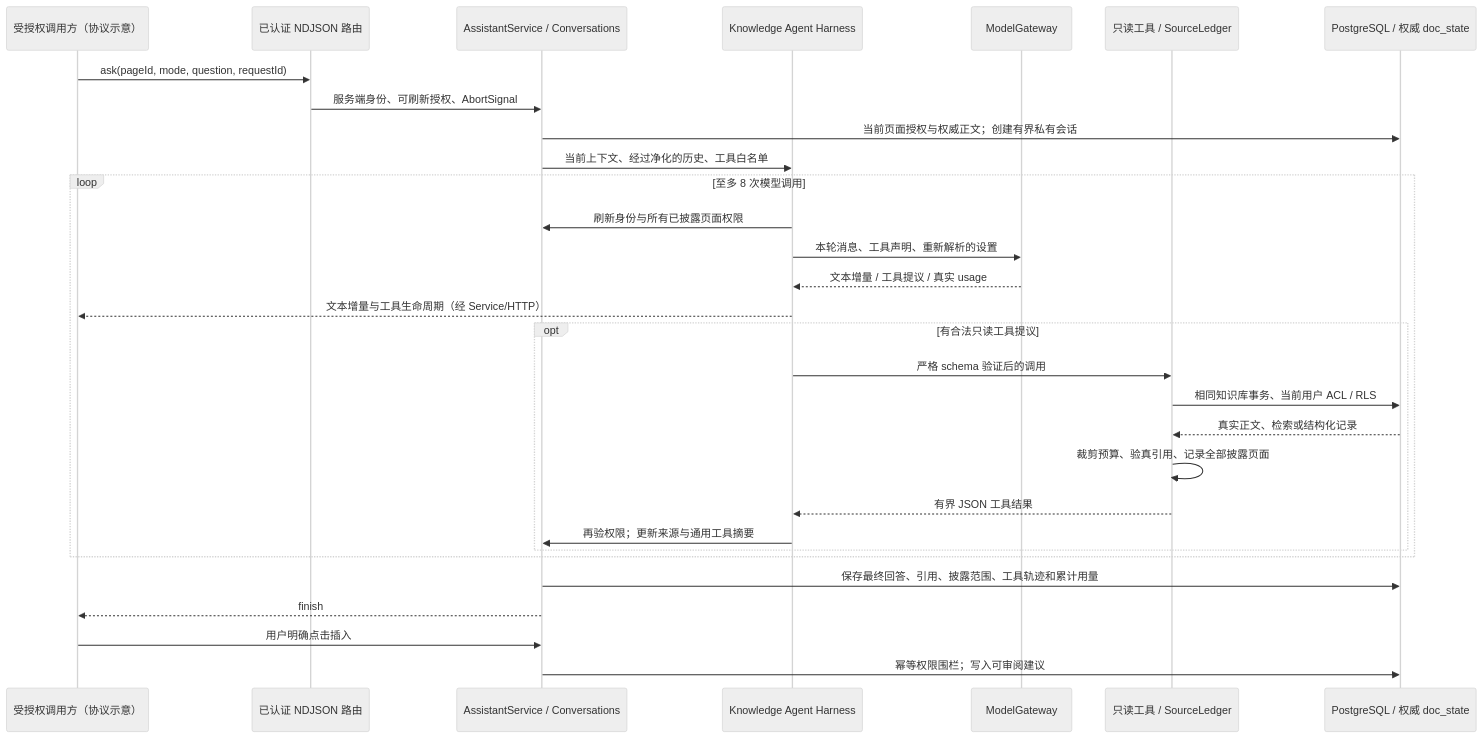
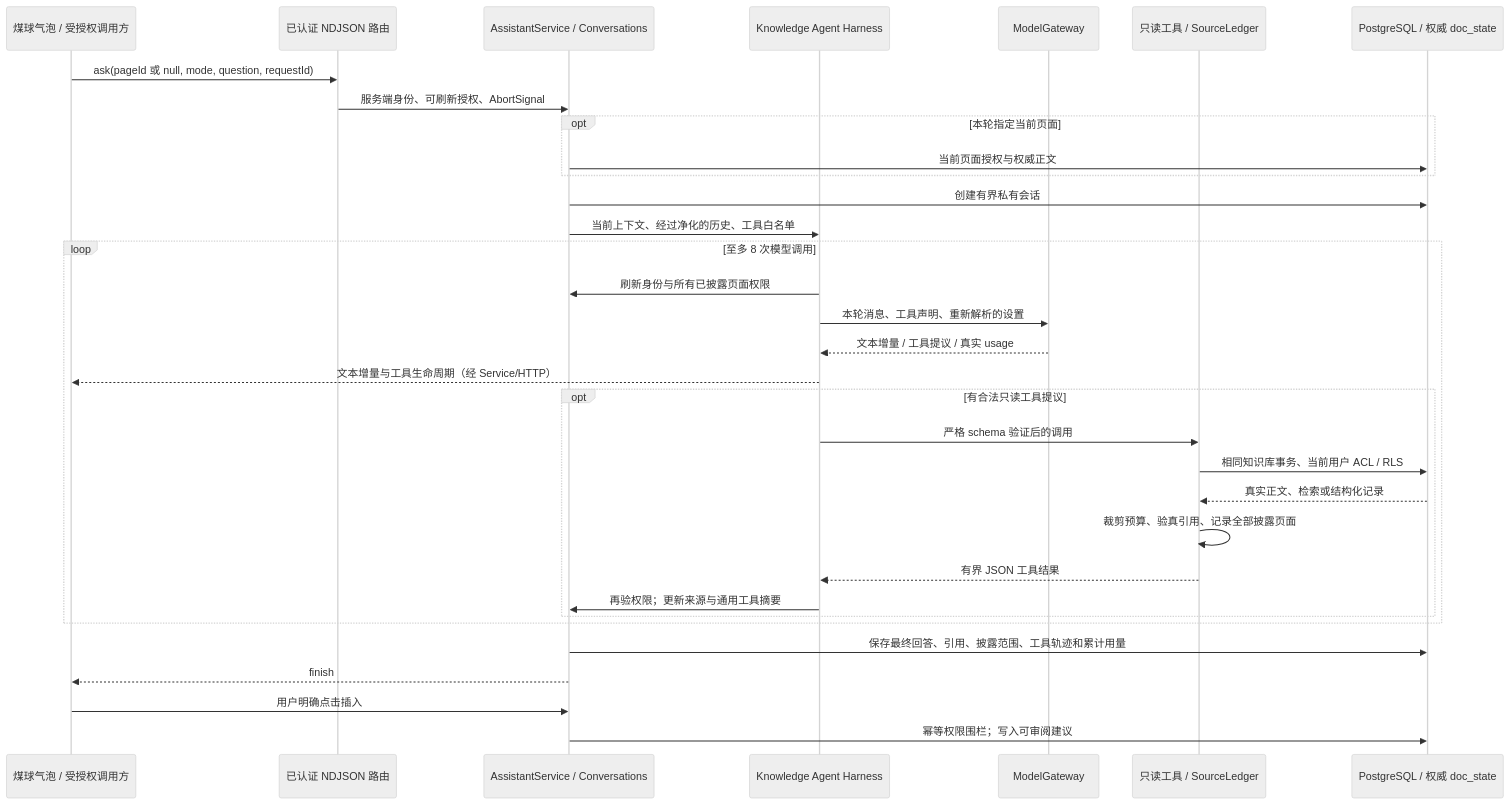
The diagram in docs/knowledge-assistant-agent.md (ccyang-aier/fob), drawn with Mermaid (neutral theme) before and after one commit. The commit also changed other lines of this file and 43 other files, not shown here.

````diff
--- a/docs/knowledge-assistant-agent.md
+++ b/docs/knowledge-assistant-agent.md
@@ -44,32 +52,35 @@
 ```mermaid
 sequenceDiagram
-  participant UI as 受授权调用方（协议示意）
+  participant UI as 煤球气泡 / 受授权调用方
   participant HTTP as 已认证 NDJSON 路由
   participant Service as AssistantService / Conversations
   participant Harness as Knowledge Agent Harness
   participant Gateway as ModelGateway
   participant Tools as 只读工具 / SourceLedger
   participant DB as PostgreSQL / 权威 doc_state
-  UI->>HTTP: ask(pageId, mode, question, requestId)
+  UI->>HTTP: ask(pageId 或 null, mode, question, requestId)
   HTTP->>Service: 服务端身份、可刷新授权、AbortSignal
-  Service->>DB: 当前页面授权与权威正文；创建有界私有会话
+  opt 本轮指定当前页面
+    Service->>DB: 当前页面授权与权威正文
+  end
+  Service->>DB: 创建有界私有会话
   Service->>Harness: 当前上下文、经过净化的历史、工具白名单
   loop 至多 8 次模型调用
     Harness->>Service: 刷新身份与所有已披露页面权限
     Harness->>Gateway: 本轮消息、工具声明、重新解析的设置
     Gateway-->>Harness: 文本增量 / 工具提议 / 真实 usage
     Harness-->>UI: 文本增量与工具生命周期（经 Service/HTTP）
     opt 有合法只读工具提议
       Harness->>Tools: 严格 schema 验证后的调用
       Tools->>DB: 相同知识库事务、当前用户 ACL / RLS
       DB-->>Tools: 真实正文、检索或结构化记录
       Tools->>Tools: 裁剪预算、验真引用、记录全部披露页面
       Tools-->>Harness: 有界 JSON 工具结果
       Harness->>Service: 再验权限；更新来源与通用工具摘要
     end
   end
   Service->>DB: 保存最终回答、引用、披露范围、工具轨迹和累计用量
   Service-->>UI: finish
   UI->>Service: 用户明确点击插入
   Service->>DB: 幂等权限围栏；写入可审阅建议
 ```
````
